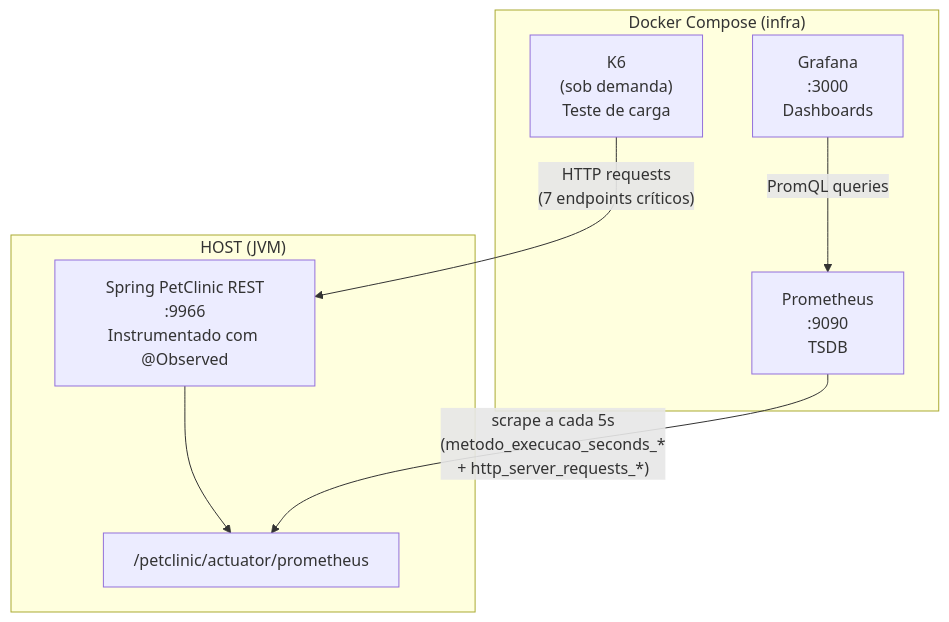
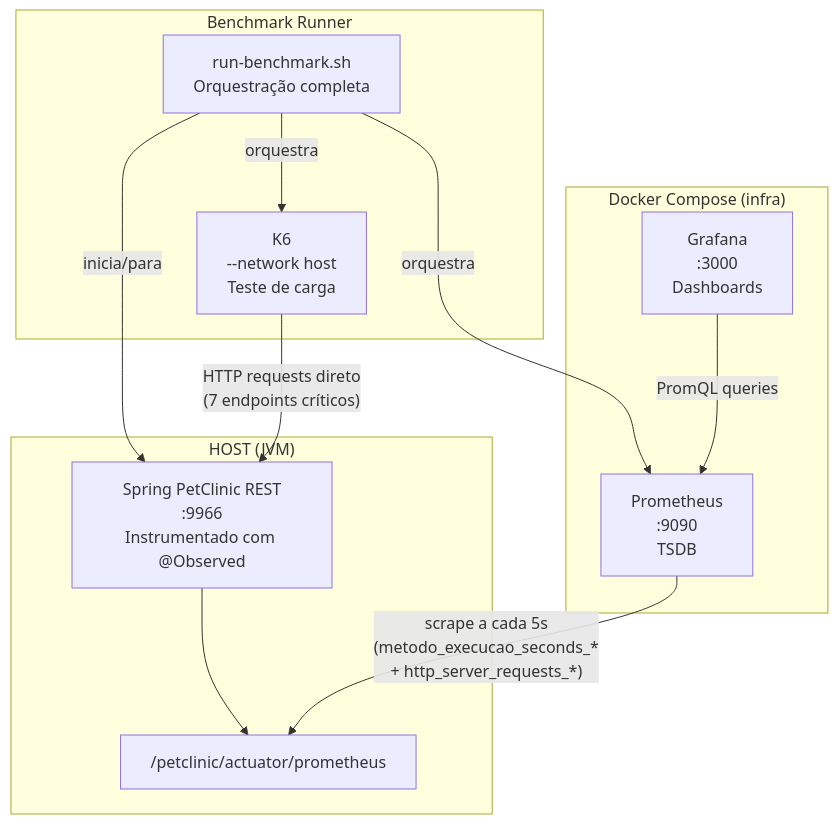
The diagram in README.md (diogomasc/infra-refactoring-metrics), drawn with Mermaid before and after one commit. The commit also changed other lines of this file and 5 other files, not shown here.

First line of the commit message:
feat(infra): add run-benchmark.sh and improve K6 test isolation

````diff
--- a/README.md
+++ b/README.md
@@ -18,18 +18,25 @@
 ```mermaid
 flowchart TD
     subgraph HOST["HOST (JVM)"]
         APP["Spring PetClinic REST\n:9966\nInstrumentado com @Observed"]
         ACT["/petclinic/actuator/prometheus"]
         APP --> ACT
     end
 
     subgraph DOCKER["Docker Compose (infra)"]
         PROM["Prometheus\n:9090\nTSDB"]
         GRAF["Grafana\n:3000\nDashboards"]
-        K6["K6\n(sob demanda)\nTeste de carga"]
+    end
+
+    subgraph BENCHMARK["Benchmark Runner"]
+        K6["K6\n--network host\nTeste de carga"]
+        SCRIPT["run-benchmark.sh\nOrquestração completa"]
     end
 
     PROM -- "scrape a cada 5s\n(metodo_execucao_seconds_*\n+ http_server_requests_*)" --> ACT
-    K6 -- "HTTP requests\n(7 endpoints críticos)" --> APP
+    K6 -- "HTTP requests direto\n(7 endpoints críticos)" --> APP
     GRAF -- "PromQL queries" --> PROM
+    SCRIPT -- "orquestra" --> PROM
+    SCRIPT -- "orquestra" --> K6
+    SCRIPT -- "inicia/para" --> APP
 ```
````
